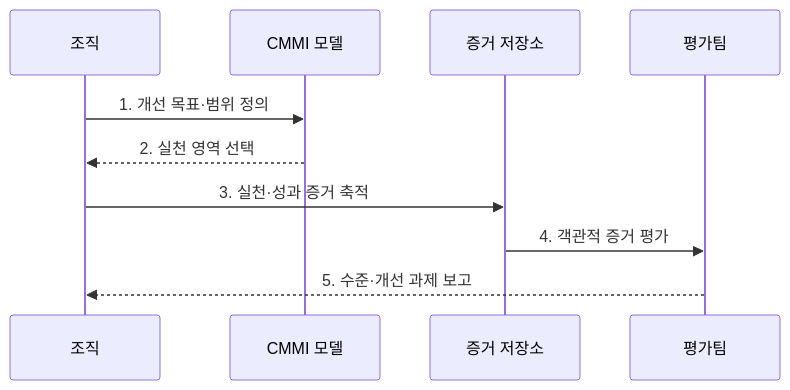
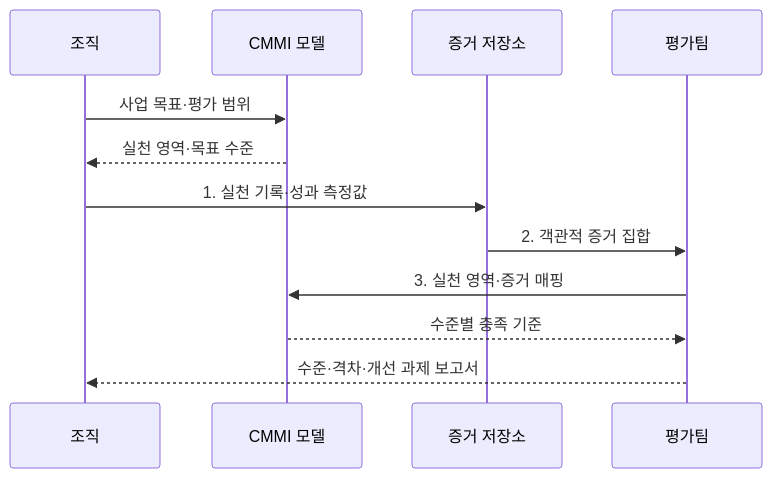
Before and after one commit to agnusdei1207/knowledge-base: the second of 2 diagrams in src/content/docs/notes/03-software/070_cmmi_maturity_model.md, drawn with Mermaid. The commit also changed other lines of this file and 20 other files, not shown here.

````diff
--- a/src/content/docs/notes/03-software/070_cmmi_maturity_model.md
+++ b/src/content/docs/notes/03-software/070_cmmi_maturity_model.md
@@ -78,12 +87,14 @@
 ```mermaid
 sequenceDiagram
     participant O as 조직
     participant M as CMMI 모델
     participant E as 증거 저장소
     participant A as 평가팀
-    O->>M: 1. 개선 목표·범위 정의
-    M-->>O: 2. 실천 영역 선택
-    O->>E: 3. 실천·성과 증거 축적
-    E->>A: 4. 객관적 증거 평가
-    A-->>O: 5. 수준·개선 과제 보고
+    O->>M: 사업 목표·평가 범위
+    M-->>O: 실천 영역·목표 수준
+    O->>E: 1. 실천 기록·성과 측정값
+    E->>A: 2. 객관적 증거 집합
+    A->>M: 3. 실천 영역·증거 매핑
+    M-->>A: 수준별 충족 기준
+    A-->>O: 수준·격차·개선 과제 보고서
 ```
````
